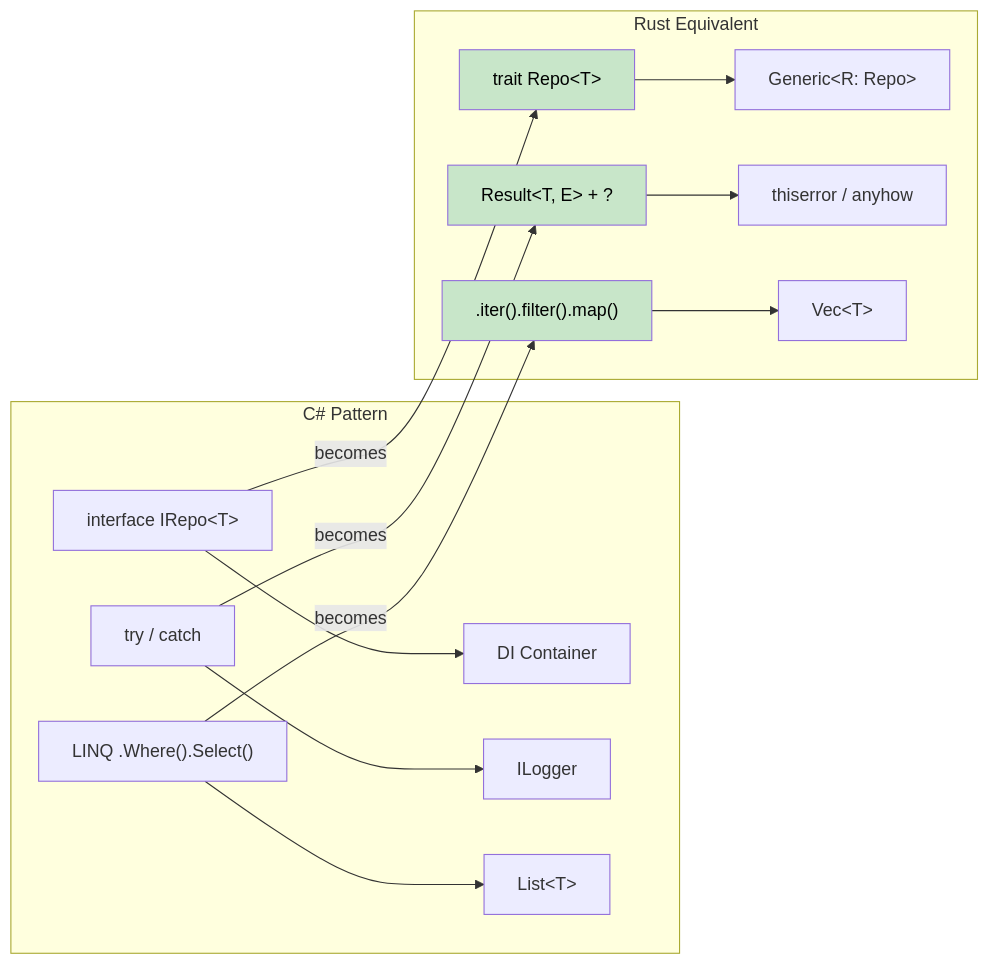
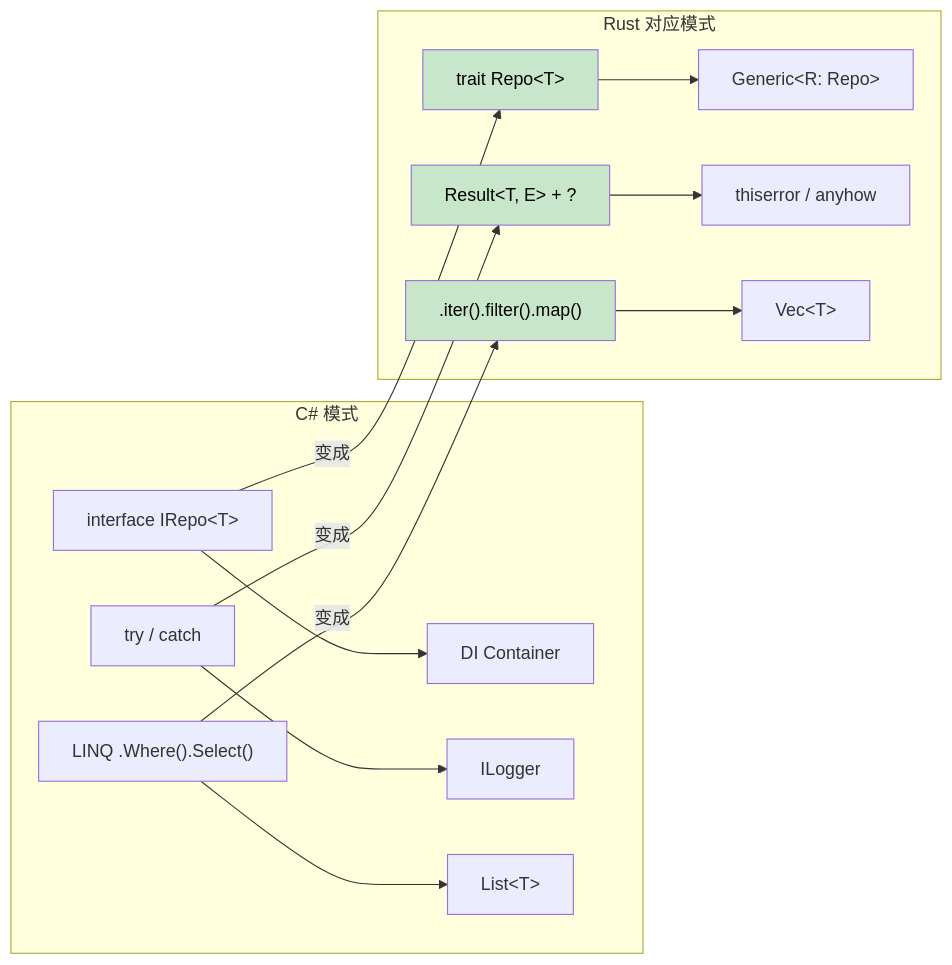
The diagram in zh-cn/csharp-book/src/ch15-migration-patterns-and-case-studies.md (xiaofengoop/rust-for-csharp-programmers-zh-cn), drawn with Mermaid before and after one commit. The commit also changed other lines of this file and 38 other files, not shown here.

````diff
--- a/zh-cn/csharp-book/src/ch15-migration-patterns-and-case-studies.md
+++ b/zh-cn/csharp-book/src/ch15-migration-patterns-and-case-studies.md
@@ -8,20 +10,20 @@
 ```mermaid
 graph LR
-    subgraph "C# Pattern"
+    subgraph "C# 模式"
         I["interface IRepo&lt;T&gt;"] --> DI["DI Container"]
         EX["try / catch"] --> LOG["ILogger"]
         LINQ["LINQ .Where().Select()"] --> LIST["List&lt;T&gt;"]
     end
-    subgraph "Rust Equivalent"
+    subgraph "Rust 对应模式"
         TR["trait Repo&lt;T&gt;"] --> GEN["Generic&lt;R: Repo&gt;"]
         RES["Result&lt;T, E&gt; + ?"] --> THISERR["thiserror / anyhow"]
         ITER[".iter().filter().map()"] --> VEC["Vec&lt;T&gt;"]
     end
-    I -->|"becomes"| TR
-    EX -->|"becomes"| RES
-    LINQ -->|"becomes"| ITER
+    I -->|"变成"| TR
+    EX -->|"变成"| RES
+    LINQ -->|"变成"| ITER
 
     style TR fill:#c8e6c9,color:#000
     style RES fill:#c8e6c9,color:#000
     style ITER fill:#c8e6c9,color:#000
 ```
````
